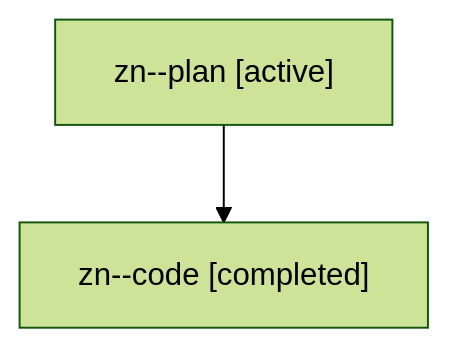
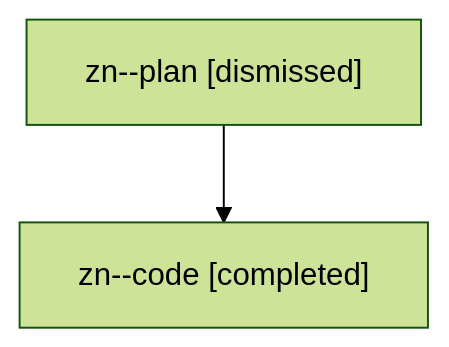
The diagram in sessions/bbugyi200.athena.zn.md (sase-org/sase--agents), drawn with Mermaid (forest theme) before and after one commit. The commit also changed other lines of this file and 16 other files, not shown here.

````diff
--- a/sessions/bbugyi200.athena.zn.md
+++ b/sessions/bbugyi200.athena.zn.md
@@ -9,6 +9,6 @@
 ```mermaid
 flowchart TD
-  n0["zn--plan [active]"]
+  n0["zn--plan [dismissed]"]
   n1["zn--code [completed]"]
   n0 --> n1
 ```
````
